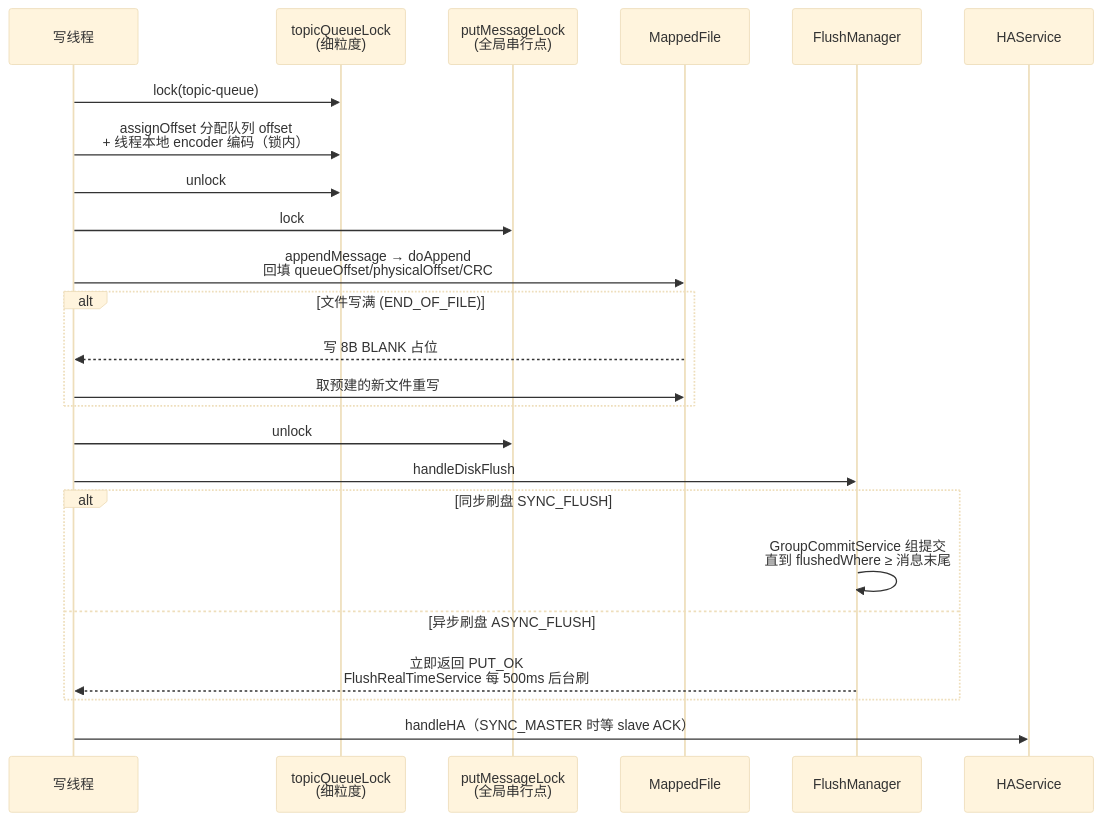
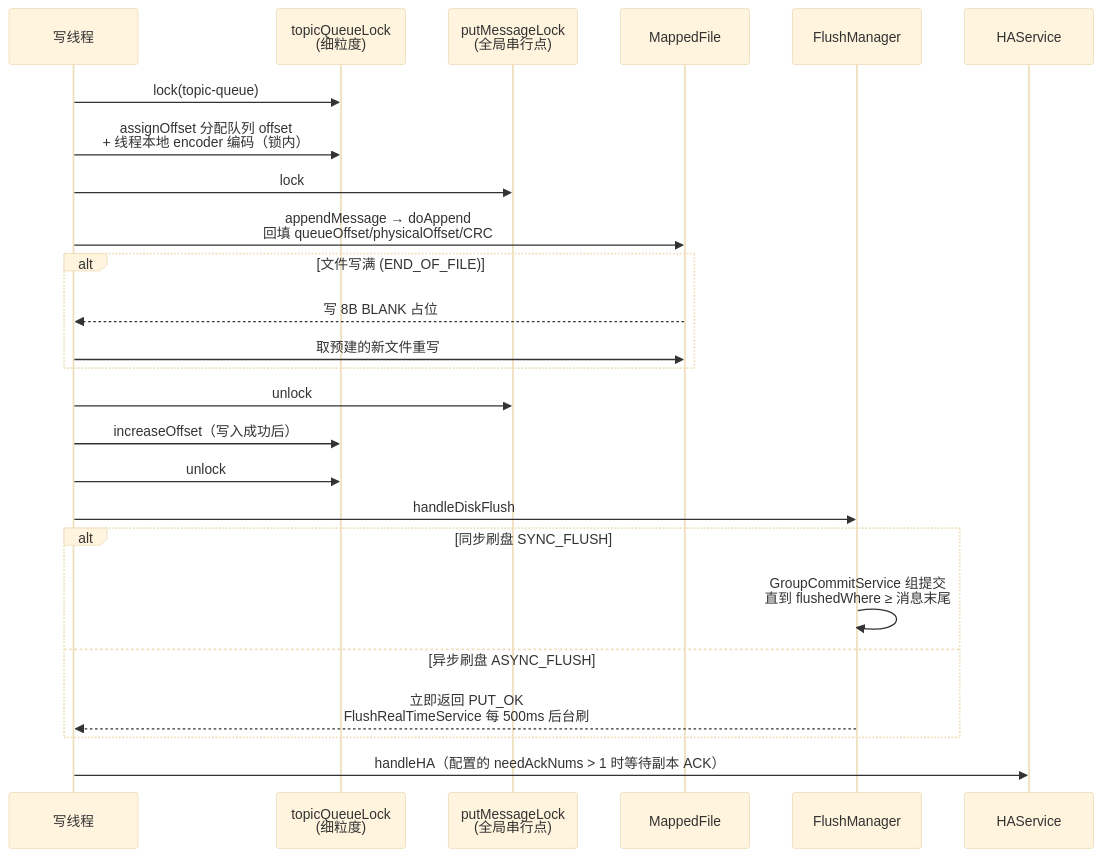
The third of 6 diagrams in learning_notes/rocketmq_storage_model_source_analysis.md (skt-shinyruo/rocketmq), drawn with Mermaid (base theme) before and after one commit. The commit also changed other lines of this file and 11 other files, not shown here.

````diff
--- a/learning_notes/rocketmq_storage_model_source_analysis.md
+++ b/learning_notes/rocketmq_storage_model_source_analysis.md
@@ -82,27 +91,28 @@
 ```mermaid
 sequenceDiagram
     participant T as 写线程
     participant TQL as topicQueueLock<br/>(细粒度)
     participant PML as putMessageLock<br/>(全局串行点)
     participant MF as MappedFile
     participant FM as FlushManager
     participant HA as HAService
 
     T->>TQL: lock(topic-queue)
     T->>TQL: assignOffset 分配队列 offset<br/>+ 线程本地 encoder 编码（锁内）
-    T->>TQL: unlock
     T->>PML: lock
     T->>MF: appendMessage → doAppend<br/>回填 queueOffset/physicalOffset/CRC
     alt 文件写满 (END_OF_FILE)
         MF-->>T: 写 8B BLANK 占位
         T->>MF: 取预建的新文件重写
     end
     T->>PML: unlock
+    T->>TQL: increaseOffset（写入成功后）
+    T->>TQL: unlock
     T->>FM: handleDiskFlush
     alt 同步刷盘 SYNC_FLUSH
         FM->>FM: GroupCommitService 组提交<br/>直到 flushedWhere ≥ 消息末尾
     else 异步刷盘 ASYNC_FLUSH
         FM-->>T: 立即返回 PUT_OK<br/>FlushRealTimeService 每 500ms 后台刷
     end
-    T->>HA: handleHA（SYNC_MASTER 时等 slave ACK）
+    T->>HA: handleHA（配置的 needAckNums > 1 时等待副本 ACK）
 ```
````
